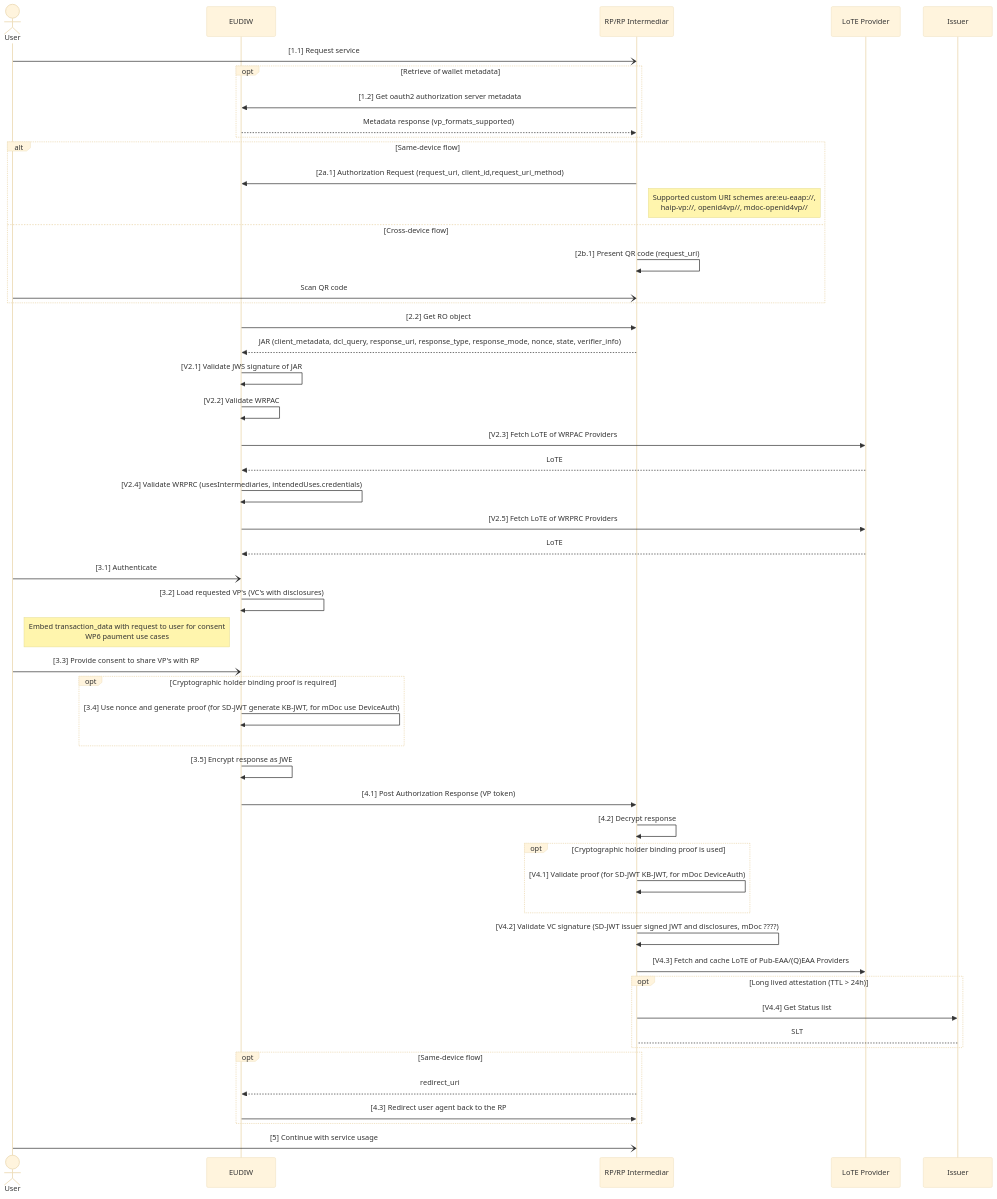
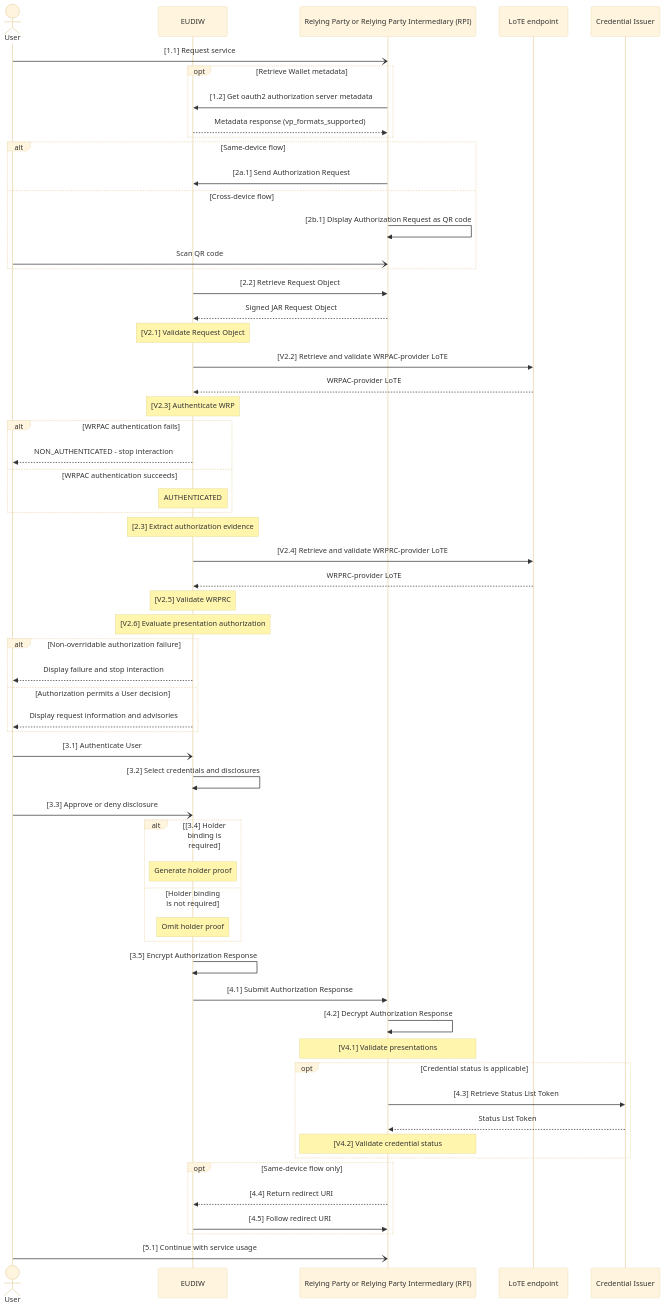
One commit to APTITUDE-Consortium/aptitude-eudi-wallet-specs changed the diagram in docs/wp2/Generic remote presentation flow specification.md. Above: the diagram before and after it, drawn with Mermaid. The commit also changed other lines of this file, not shown here.

Commit message:
chore: review of presentation flow - trust perspective

````diff
--- a/docs/wp2/Generic remote presentation flow specification.md
+++ b/docs/wp2/Generic remote presentation flow specification.md
@@ -222,59 +223,68 @@
 ```mermaid
 ---
 config:
   rightAngles: true
   theme: base
 ---
 sequenceDiagram
     actor U as User
     participant W as EUDIW
-    participant R as RP/RP Intermediar
-    participant L as LoTE Provider
-    participant I as Issuer
+    participant R as Relying Party or Relying Party Intermediary (RPI)
+    participant L as LoTE endpoint
+    participant S as Credential Issuer
 
     U-)R: [1.1] Request service
-    Opt Retrieve of wallet metadata
+    opt Retrieve Wallet metadata
       R->>W: [1.2] Get oauth2 authorization server metadata
       W-->>R: Metadata response (vp_formats_supported)
     end
-    Alt Same-device flow
-      R->>W: [2a.1] Authorization Request (request_uri, client_id,request_uri_method)
-      note right of R: Supported custom URI schemes are:eu-eaap://,<br/>haip-vp://, openid4vp//, mdoc-openid4vp//
+    alt Same-device flow
+      R->>W: [2a.1] Send Authorization Request
     else Cross-device flow
-      R->>R: [2b.1] Present QR code (request_uri)
+      R->>R: [2b.1] Display Authorization Request as QR code
       U-)R: Scan QR code
     end
-    W->>R: [2.2] Get RO object
-    R-->>W: JAR (client_metadata, dcl_query, response_uri, response_type, response_mode, nonce, state, verifier_info)
-    W->>W: [V2.1] Validate JWS signature of JAR
-    W->>W: [V2.2] Validate WRPAC
-    W->>L: [V2.3] Fetch LoTE of WRPAC Providers
-    L-->>W: LoTE
-    W->>W: [V2.4] Validate WRPRC (usesIntermediaries, intendedUses.credentials)
-    W->>L: [V2.5] Fetch LoTE of WRPRC Providers
-    L-->>W: LoTE
-    U-)W: [3.1] Authenticate
-    W->>W: [3.2] Load requested VP's (VC's with disclosures)
-    note left of W: Embed transaction_data with request to user for consent<br/>WP6 paument use cases
-    U-)W: [3.3] Provide consent to share VP's with RP
-    Opt Cryptographic holder binding proof is required
-      W->>W: [3.4] Use nonce and generate proof (for SD-JWT generate KB-JWT, for mDoc use DeviceAuth)
+    W->>R: [2.2] Retrieve Request Object
+    R-->>W: Signed JAR Request Object
+    Note over W: [V2.1] Validate Request Object
+    W->>L: [V2.2] Retrieve and validate WRPAC-provider LoTE
+    L-->>W: WRPAC-provider LoTE
+    Note over W: [V2.3] Authenticate WRP
+    alt WRPAC authentication fails
+      W-->>U: NON_AUTHENTICATED - stop interaction
+    else WRPAC authentication succeeds
+      Note over W: AUTHENTICATED
     end
-    W->>W: [3.5] Encrypt response as JWE
-    W->>R: [4.1] Post Authorization Response (VP token)
-    R->>R: [4.2] Decrypt response
-    Opt Cryptographic holder binding proof is used
-      R->>R: [V4.1] Validate proof (for SD-JWT KB-JWT, for mDoc DeviceAuth)
+    Note over W: [2.3] Extract authorization evidence
+    W->>L: [V2.4] Retrieve and validate WRPRC-provider LoTE
+    L-->>W: WRPRC-provider LoTE
+    Note over W: [V2.5] Validate WRPRC
+    Note over W: [V2.6] Evaluate presentation authorization
+    alt Non-overridable authorization failure
+      W-->>U: Display failure and stop interaction
+    else Authorization permits a User decision
+      W-->>U: Display request information and advisories
     end
-    R->>R: [V4.2] Validate VC signature (SD-JWT issuer signed JWT and disclosures, mDoc ????)
-    R->>L: [V4.3] Fetch and cache LoTE of Pub-EAA/(Q)EAA Providers
-    Opt Long lived attestation (TTL > 24h)
-      R->>I: [V4.4] Get Status list
-      I-->R: SLT
+    U-)W: [3.1] Authenticate User
+    W->>W: [3.2] Select credentials and disclosures
+    U-)W: [3.3] Approve or deny disclosure
+    alt [3.4] Holder binding is required
+      Note over W: Generate holder proof
+    else Holder binding is not required
+      Note over W: Omit holder proof
     end
-    Opt Same-device flow
-      R-->>W: redirect_uri
-      W->>R: [4.3] Redirect user agent back to the RP
+    W->>W: [3.5] Encrypt Authorization Response
+    W->>R: [4.1] Submit Authorization Response
+    R->>R: [4.2] Decrypt Authorization Response
+    Note over R: [V4.1] Validate presentations
+    opt Credential status is applicable
+      R->>S: [4.3] Retrieve Status List Token
+      S-->>R: Status List Token
+      Note over R: [V4.2] Validate credential status
     end
-    U-)R: [5] Continue with service usage
+    opt Same-device flow only
+      R-->>W: [4.4] Return redirect URI
+      W->>R: [4.5] Follow redirect URI
+    end
+    U-)R: [5.1] Continue with service usage
 ```
````
